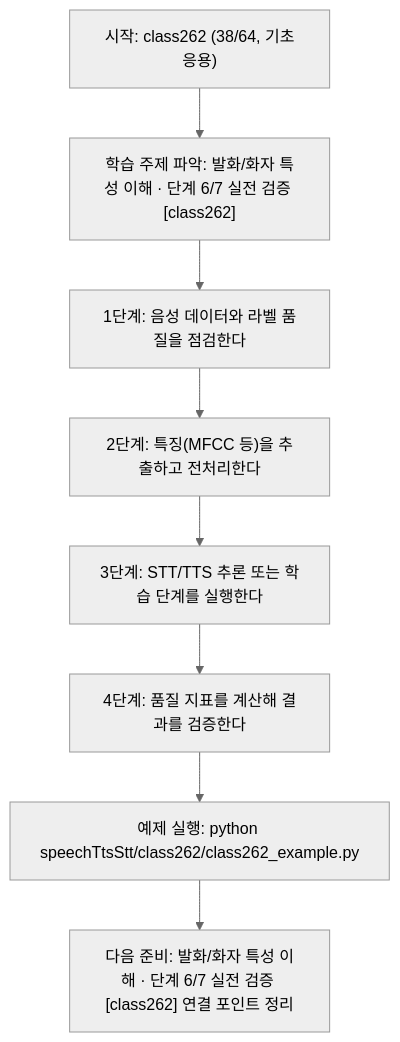
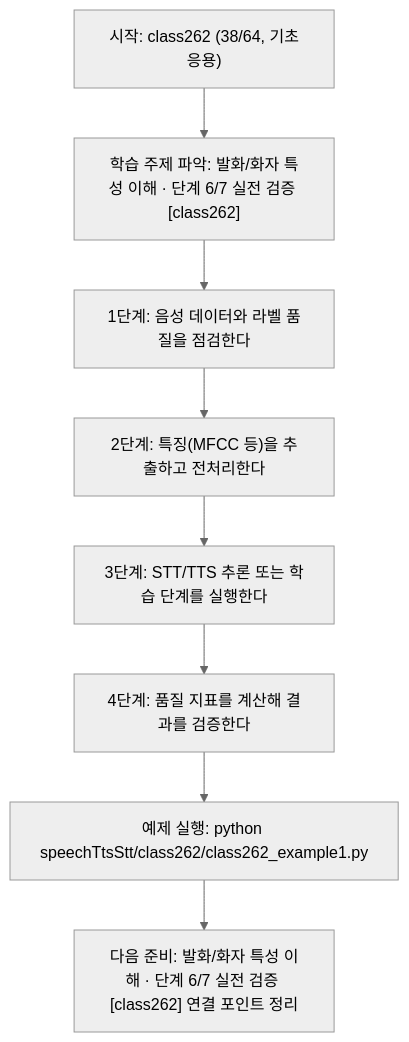
Before and after one commit to edumgt/Python-AI_Agent-Class: the diagram in speechTtsStt/class262/class262.md, drawn with Mermaid (neutral theme). The commit also changed other lines of this file and 2959 other files, not shown here.

````diff
--- a/speechTtsStt/class262/class262.md
+++ b/speechTtsStt/class262/class262.md
@@ -115,18 +115,18 @@
 ```mermaid
 flowchart TD
 N1["시작: class262 (38/64, 기초응용)"]
 N2["학습 주제 파악: 발화/화자 특성 이해 · 단계 6/7 실전 검증 [class262]"]
 N3["1단계: 음성 데이터와 라벨 품질을 점검한다"]
 N4["2단계: 특징(MFCC 등)을 추출하고 전처리한다"]
 N5["3단계: STT/TTS 추론 또는 학습 단계를 실행한다"]
 N6["4단계: 품질 지표를 계산해 결과를 검증한다"]
-N7["예제 실행: python speechTtsStt/class262/class262_example.py"]
+N7["예제 실행: python speechTtsStt/class262/class262_example1.py"]
 N8["다음 준비: 발화/화자 특성 이해 · 단계 6/7 실전 검증 [class262] 연결 포인트 정리"]
 N1 --> N2
 N2 --> N3
 N3 --> N4
 N4 --> N5
 N5 --> N6
 N6 --> N7
 N7 --> N8
 ```
````
